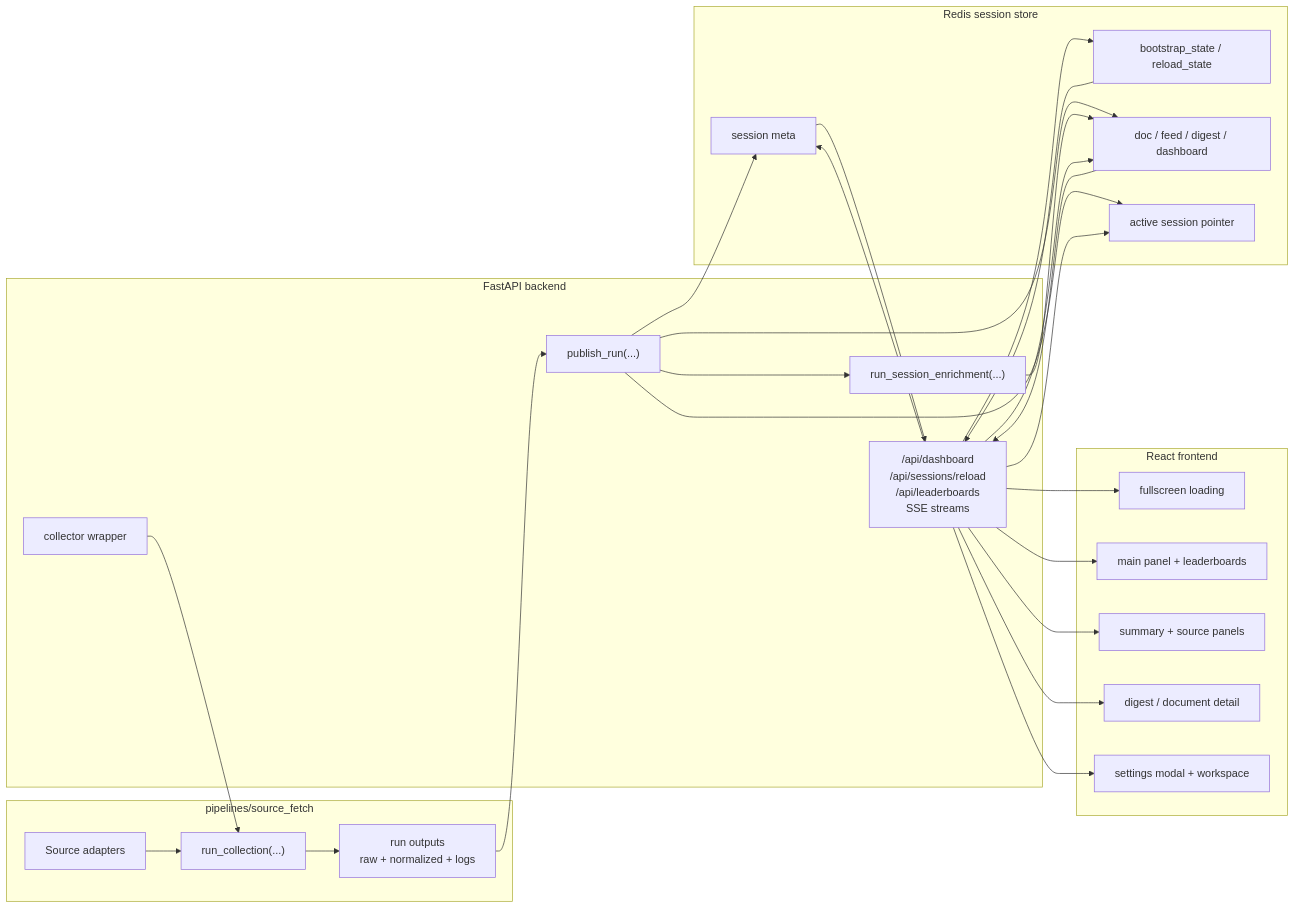
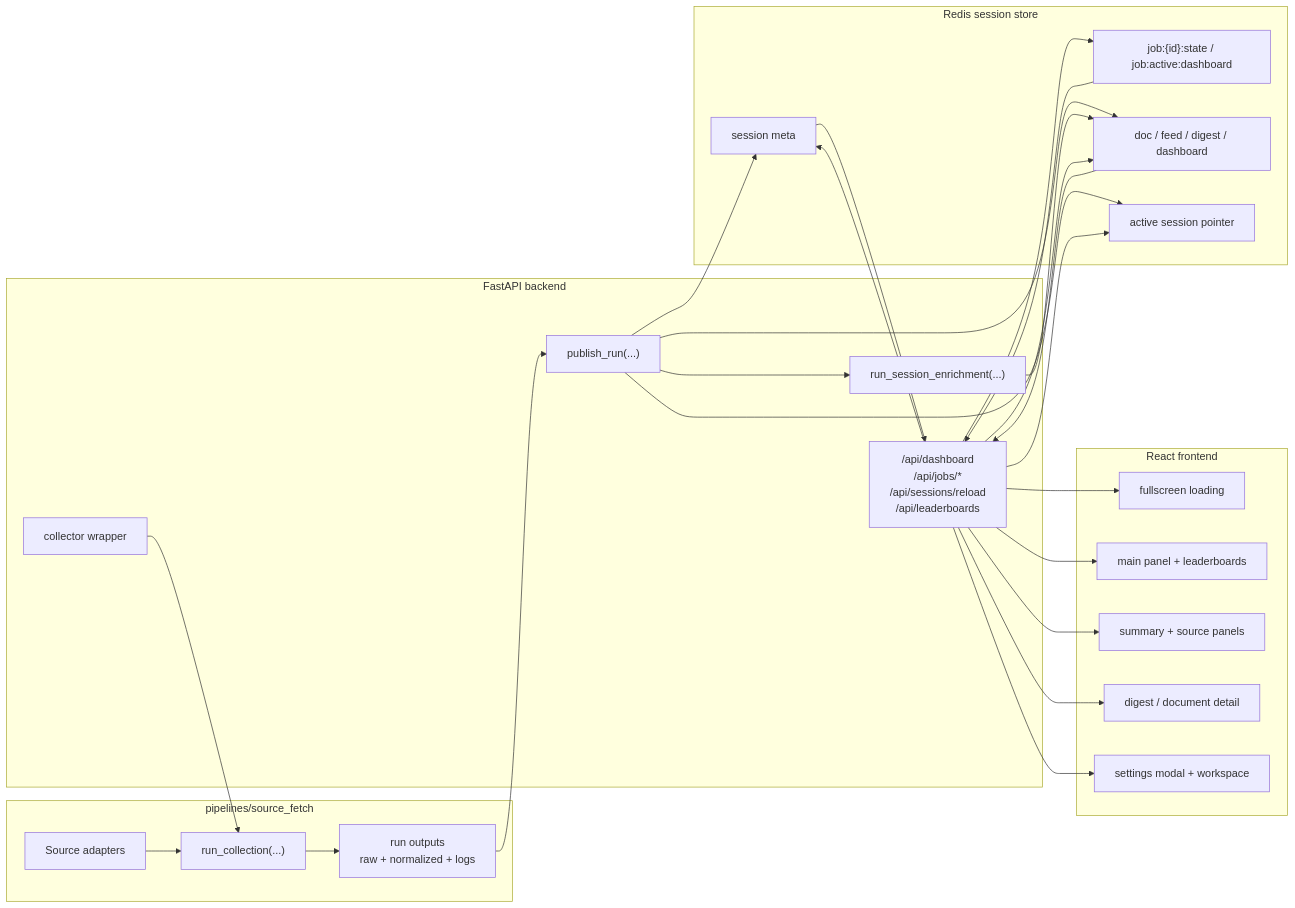
The diagram in docs/01_overall_flow.md (sparkorbit/sparkorbit), drawn with Mermaid before and after one commit. The commit also changed other lines of this file and 23 other files, not shown here.

````diff
--- a/docs/01_overall_flow.md
+++ b/docs/01_overall_flow.md
@@ -48,49 +48,49 @@
 ```mermaid
 flowchart LR
     subgraph Collect["pipelines/source_fetch"]
         A["Source adapters"]
         B["run_collection(...)"]
         C["run outputs\nraw + normalized + logs"]
     end
 
     subgraph Runtime["FastAPI backend"]
         D["collector wrapper"]
         E["publish_run(...)"]
         F["run_session_enrichment(...)"]
-        G["/api/dashboard\n/api/sessions/reload\n/api/leaderboards\nSSE streams"]
+        G["/api/dashboard\n/api/jobs/*\n/api/sessions/reload\n/api/leaderboards"]
     end
 
     subgraph Redis["Redis session store"]
-        H["bootstrap_state / reload_state"]
+        H["job:{id}:state / job:active:dashboard"]
         I["session meta"]
         J["doc / feed / digest / dashboard"]
         K["active session pointer"]
     end
 
     subgraph UI["React frontend"]
         L["fullscreen loading"]
         M["main panel + leaderboards"]
         N["summary + source panels"]
         O["digest / document detail"]
         P["settings modal + workspace"]
     end
 
     A --> B --> C
     D --> B
     C --> E --> I
     E --> J
     E --> K
     E --> F --> J
     G --> H
     G --> I
     G --> J
     G --> K
     H --> G
     I --> G
     J --> G
     G --> L
     G --> M
     G --> N
     G --> O
     G --> P
 ```
````
